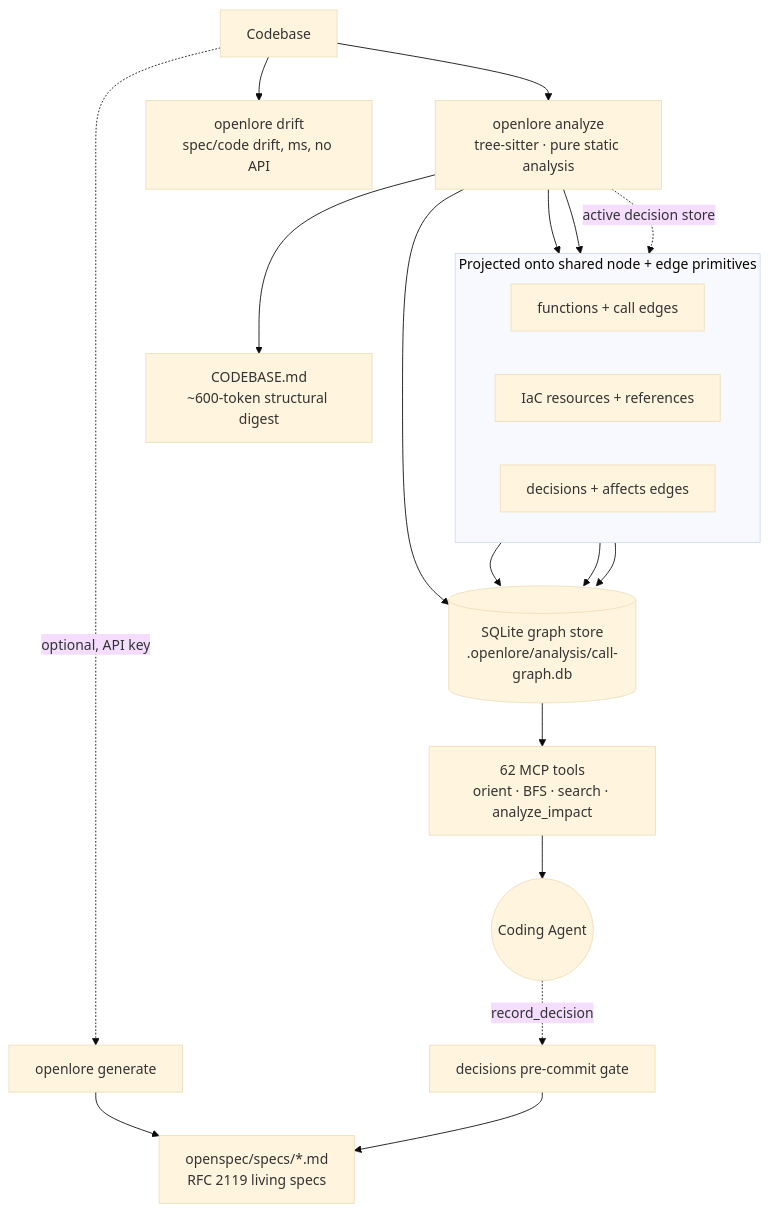
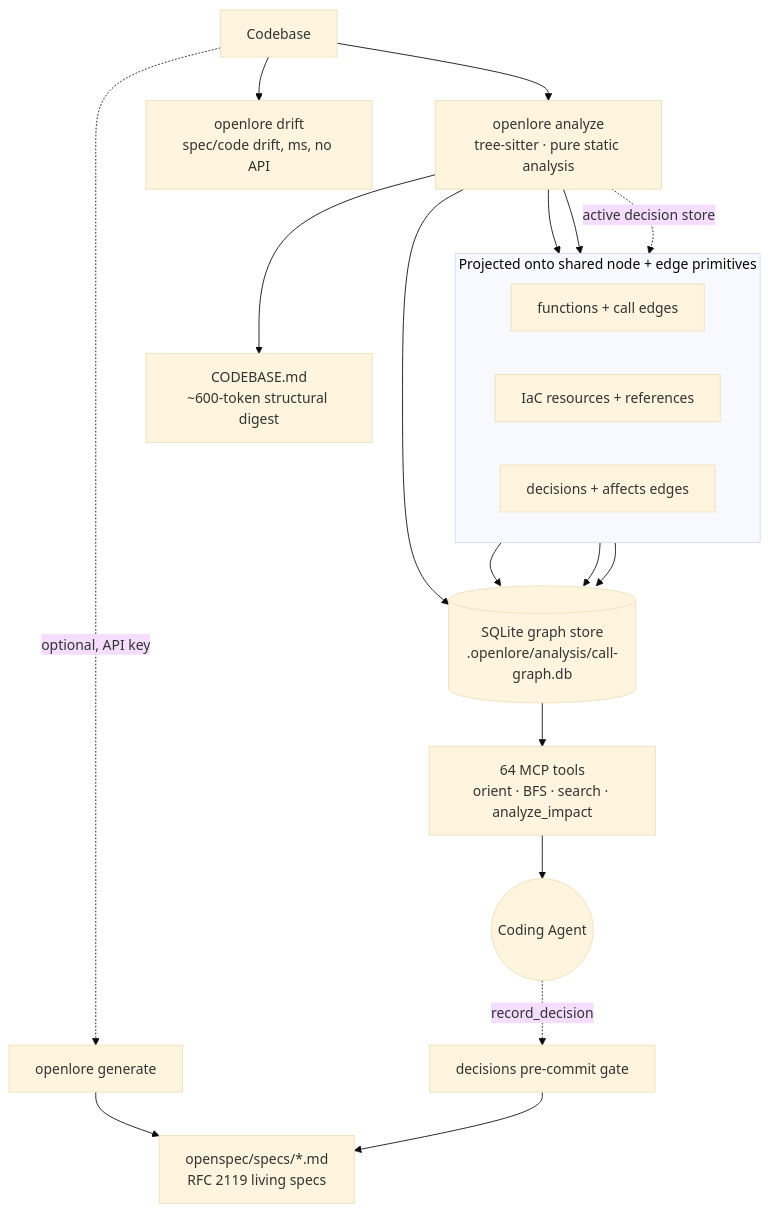
The first of 2 diagrams in README.md (visnetotest/spec-gen), drawn with Mermaid (base theme) before and after one commit. The commit also changed other lines of this file and 29 other files, not shown here.

````diff
--- a/README.md
+++ b/README.md
@@ -443,28 +445,28 @@
 ```mermaid
 flowchart TD
     Code[Codebase] --> Analyze[openlore analyze<br/>tree-sitter · pure static analysis]
     Analyze --> DB[(SQLite graph store<br/>.openlore/analysis/call-graph.db)]
     Analyze --> Digest[CODEBASE.md<br/>~600-token structural digest]
 
     subgraph shared["Projected onto shared node + edge primitives"]
       direction LR
       CodeNodes[functions + call edges]
       Iac[IaC resources + references]
       Dec[decisions + affects edges]
     end
     Analyze --> CodeNodes
     Analyze --> Iac
     Analyze -. active decision store .-> Dec
     CodeNodes --> DB
     Iac --> DB
     Dec --> DB
 
-    DB --> MCP[62 MCP tools<br/>orient · BFS · search · analyze_impact]
+    DB --> MCP[64 MCP tools<br/>orient · BFS · search · analyze_impact]
     MCP --> Agent((Coding Agent))
 
     Code -. optional, API key .-> Gen[openlore generate]
     Gen --> Specs[openspec/specs/*.md<br/>RFC 2119 living specs]
     Code --> Drift[openlore drift<br/>spec/code drift, ms, no API]
     Agent -. record_decision .-> Gate[decisions pre-commit gate]
     Gate --> Specs
 ```
````
